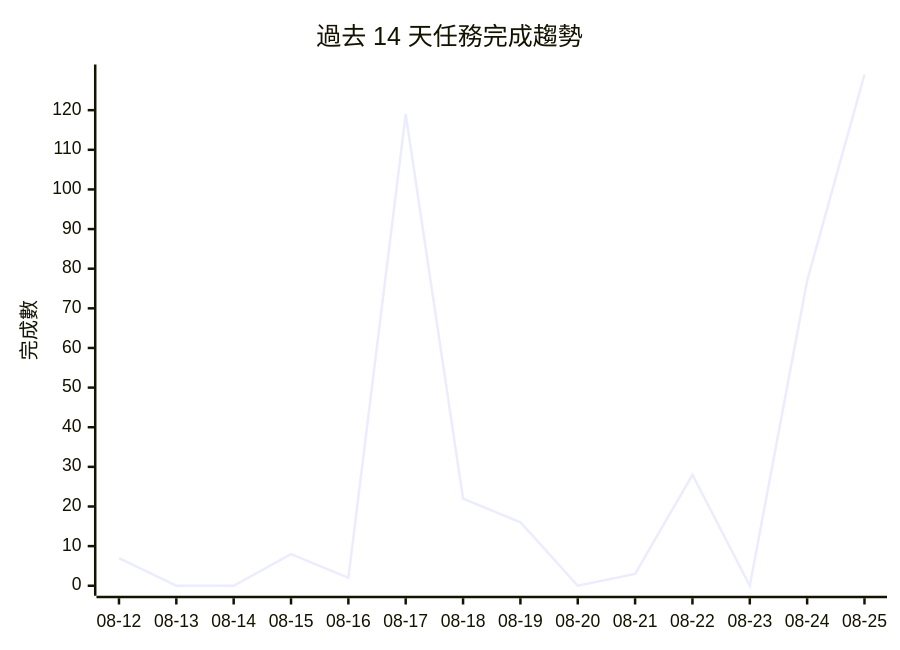
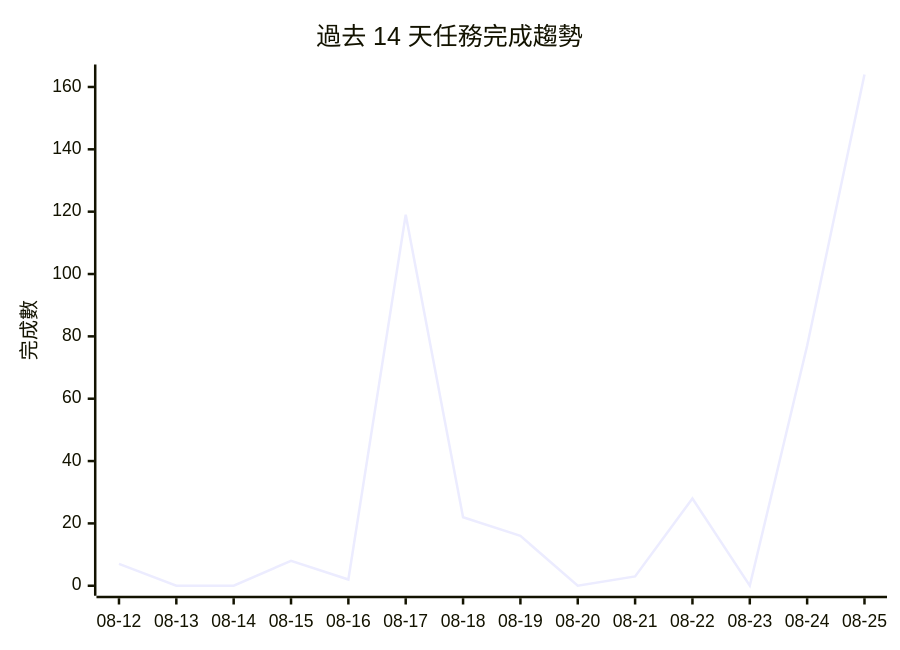
Before and after one commit to gentoobreaking/ai-tasks: the diagram in PROJECTS.md, drawn with Mermaid. The commit also changed other lines of this file and 66 other files, not shown here.

````diff
--- a/PROJECTS.md
+++ b/PROJECTS.md
@@ -163,7 +128,7 @@
 ```mermaid
 xychart-beta
     title "過去 14 天任務完成趨勢"
     x-axis ["08-12", "08-13", "08-14", "08-15", "08-16", "08-17", "08-18", "08-19", "08-20", "08-21", "08-22", "08-23", "08-24", "08-25"]
-    y-axis "完成數" 0 --> 129
-    line [7, 0, 0, 8, 2, 119, 22, 16, 0, 3, 28, 0, 77, 129]
+    y-axis "完成數" 0 --> 164
+    line [7, 0, 0, 8, 2, 119, 22, 16, 0, 3, 28, 0, 77, 164]
 ```
````
